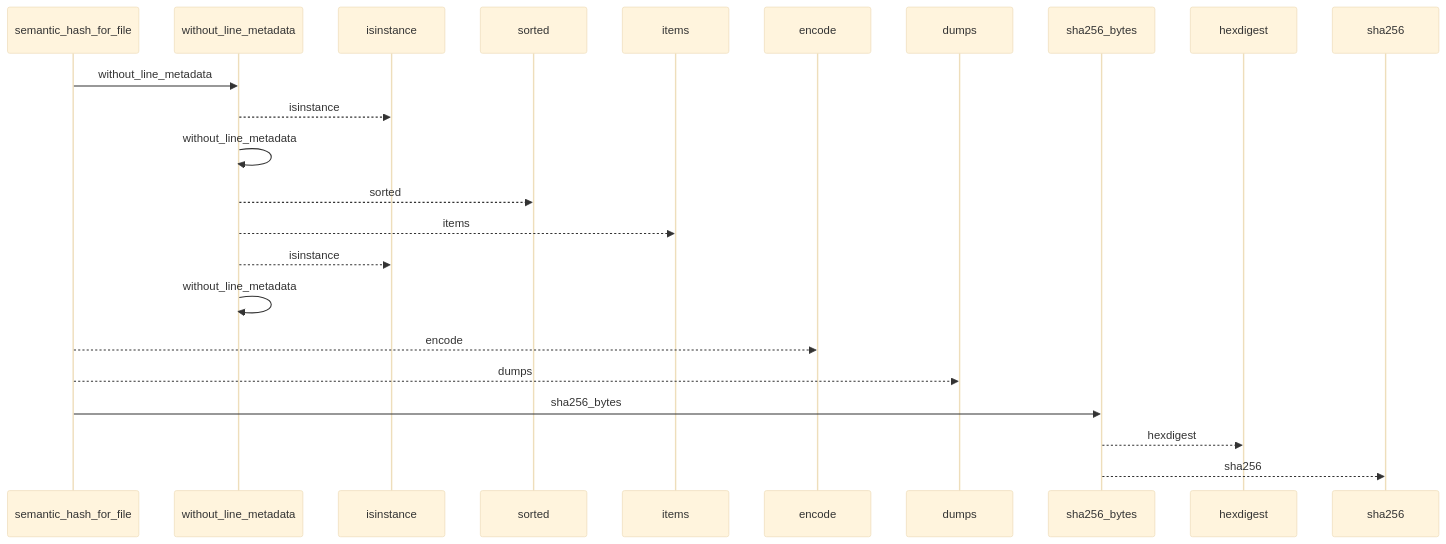
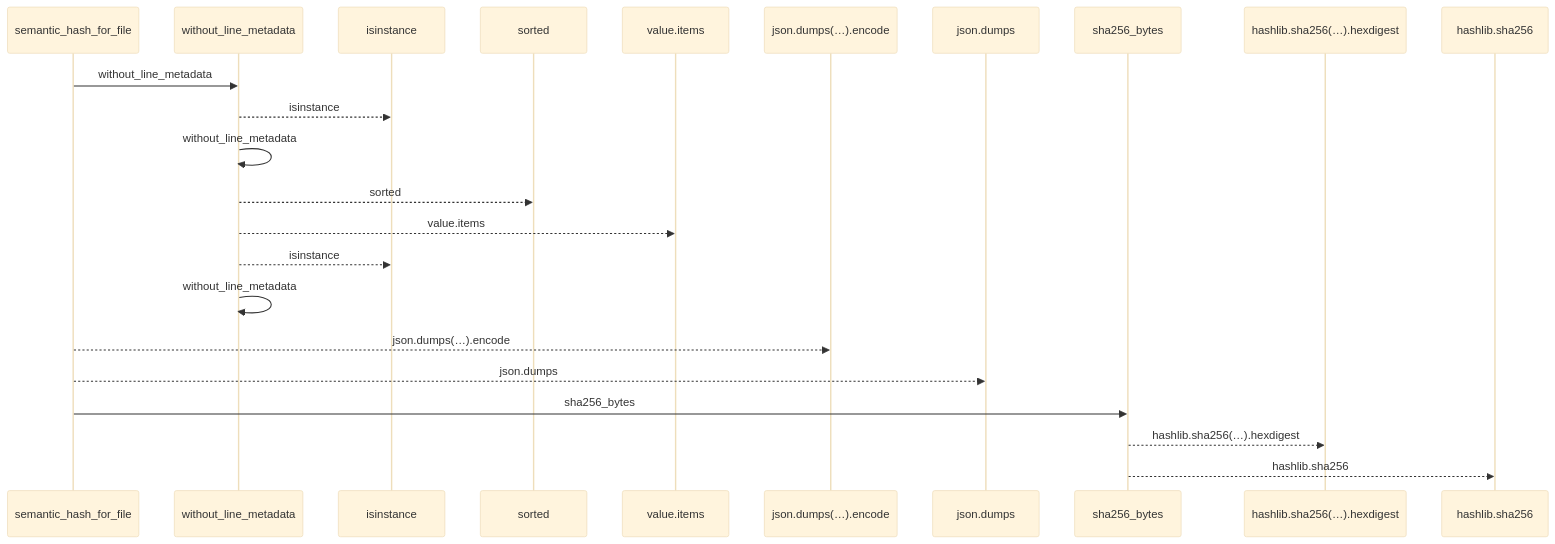
The first of 2 diagrams in docs/llm_wiki/flows/api-semantic_hash_for_file.md (Denissvgn/python-wiki-llm), drawn with Mermaid (base theme) before and after one commit. The commit also changed other lines of this file and 719 other files, not shown here.

````diff
--- a/docs/llm_wiki/flows/api-semantic_hash_for_file.md
+++ b/docs/llm_wiki/flows/api-semantic_hash_for_file.md
@@ -10,25 +10,25 @@
 ```mermaid
 sequenceDiagram
     participant p0 as semantic_hash_for_file
     participant p1 as without_line_metadata
     participant p2 as isinstance
     participant p3 as sorted
-    participant p4 as items
-    participant p5 as encode
-    participant p6 as dumps
+    participant p4 as value.items
+    participant p5 as json.dumps(…).encode
+    participant p6 as json.dumps
     participant p7 as sha256_bytes
-    participant p8 as hexdigest
-    participant p9 as sha256
+    participant p8 as hashlib.sha256(…).hexdigest
+    participant p9 as hashlib.sha256
     p0->>p1: without_line_metadata
     p1-->>p2: isinstance
     p1->>p1: without_line_metadata
     p1-->>p3: sorted
-    p1-->>p4: items
+    p1-->>p4: value.items
     p1-->>p2: isinstance
     p1->>p1: without_line_metadata
-    p0-->>p5: encode
-    p0-->>p6: dumps
+    p0-->>p5: json.dumps(…).encode
+    p0-->>p6: json.dumps
     p0->>p7: sha256_bytes
-    p7-->>p8: hexdigest
-    p7-->>p9: sha256
+    p7-->>p8: hashlib.sha256(…).hexdigest
+    p7-->>p9: hashlib.sha256
 ```
````
